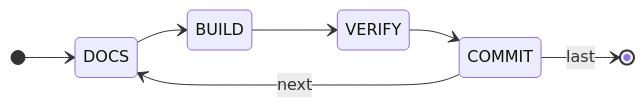
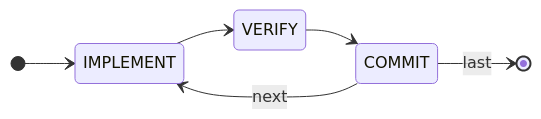
One commit to an-dr/agents changed the fourth of 5 diagrams in README.md. Above: the diagram before and after it, drawn with Mermaid. The commit also changed other lines of this file and 71 other files, not shown here.

First line of the commit message:
feat(workflow)!: run every flow on one common path with named approvals

````diff
--- a/README.md
+++ b/README.md
@@ -138,10 +132,9 @@
 ```mermaid
 stateDiagram-v2
   direction LR
-  [*] --> DOCS
-  DOCS --> BUILD
-  BUILD --> VERIFY
+  [*] --> IMPLEMENT
+  IMPLEMENT --> VERIFY
   VERIFY --> COMMIT
-  COMMIT --> DOCS: next
+  COMMIT --> IMPLEMENT: next
   COMMIT --> [*]: last
 ```
````
